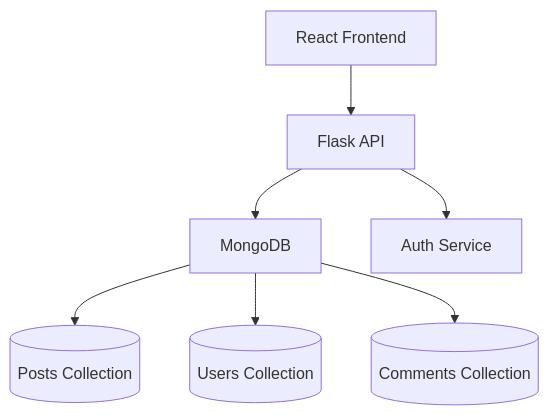
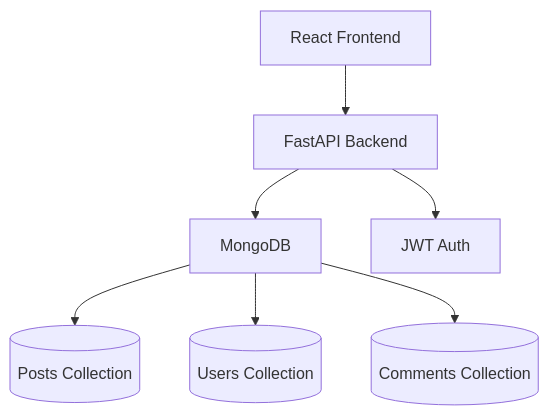
Before and after one commit to pjbaur/python-blog-backend: the first of 2 diagrams in documentation/OVERVIEW.md, drawn with Mermaid. The commit also changed other lines of this file and 25 other files, not shown here.

````diff
--- a/documentation/OVERVIEW.md
+++ b/documentation/OVERVIEW.md
@@ -5,9 +5,9 @@
 ```mermaid
 graph TD
-    A[React Frontend] --> B[Flask API]
+    A[React Frontend] --> B[FastAPI Backend]
     B --> C[MongoDB]
-    B --> D[Auth Service]
+    B --> D[JWT Auth]
     C --> E[(Posts Collection)]
     C --> F[(Users Collection)]
     C --> G[(Comments Collection)]
 ```
````
